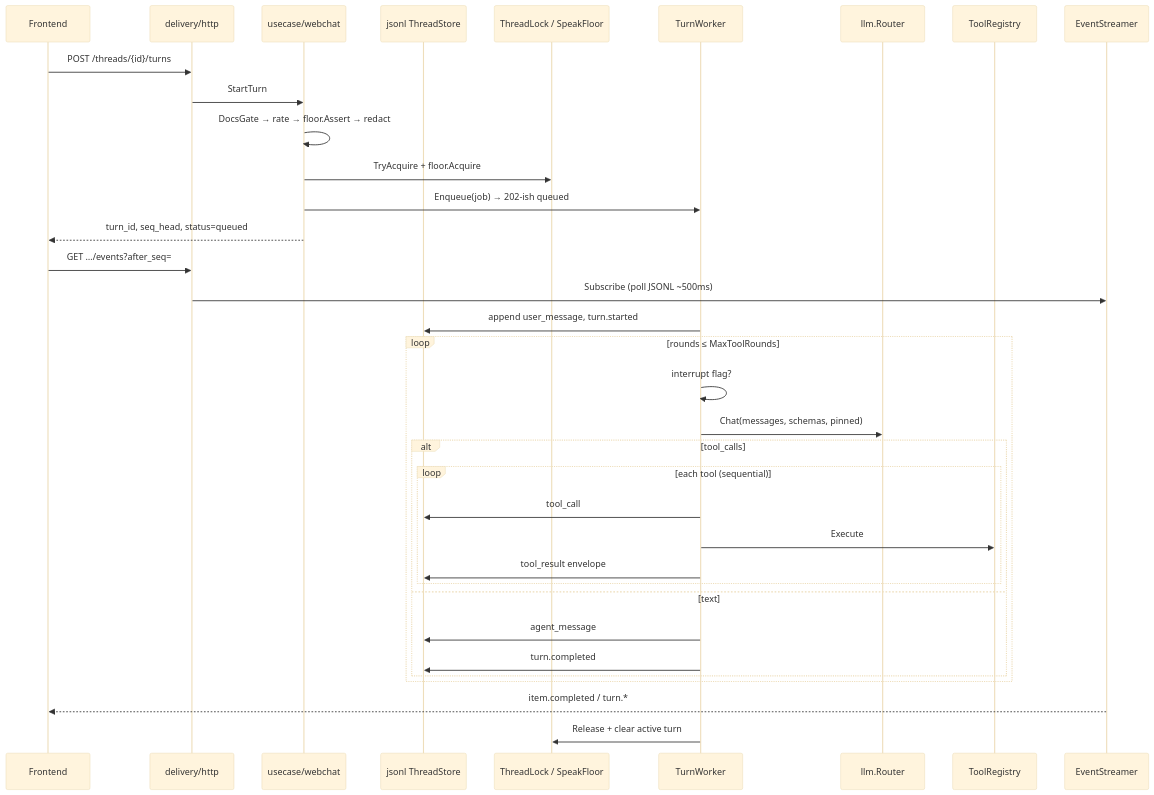
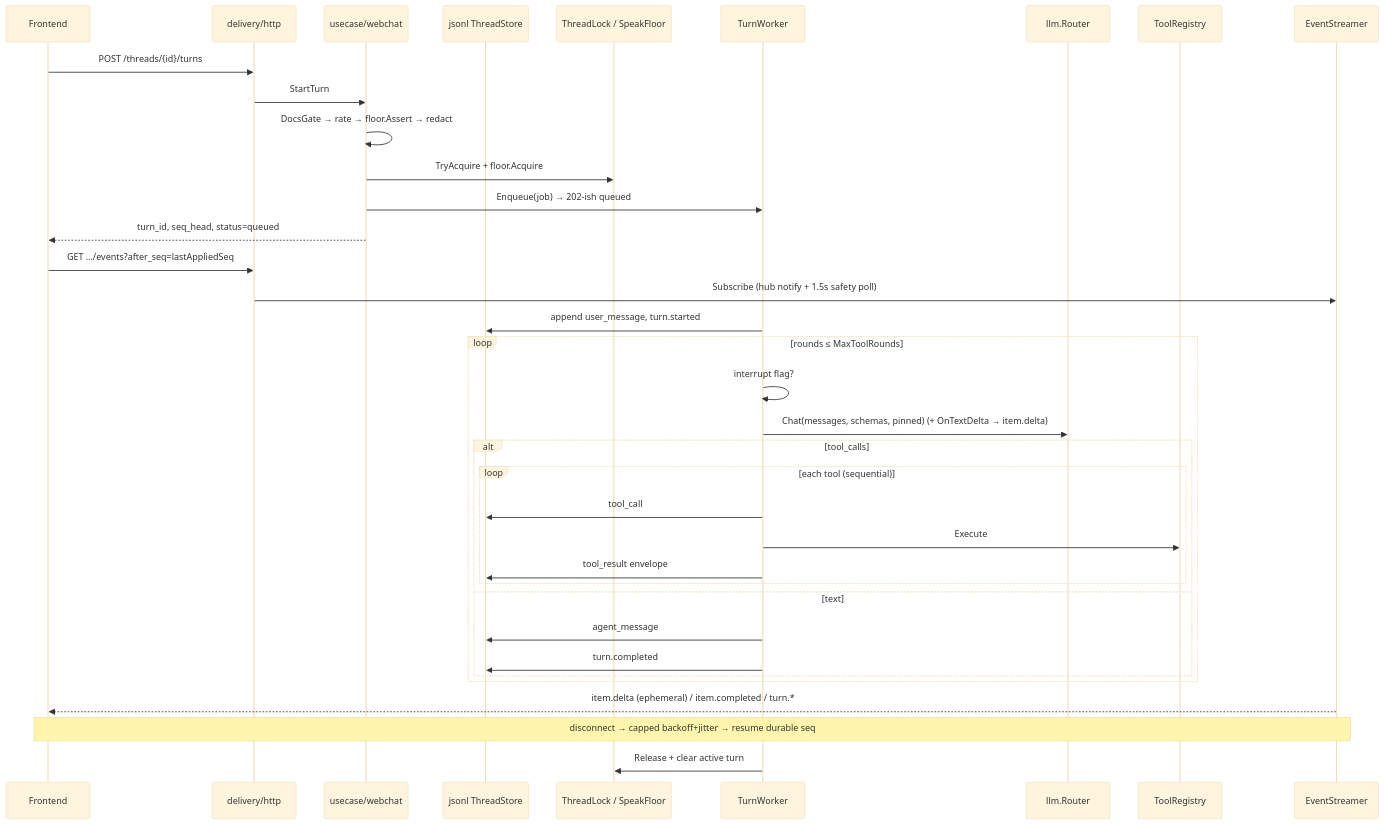
The diagram in docs/architecture/turn-loop.md (jahrulnr/BuatPostingan), drawn with Mermaid (base theme) before and after one commit. The commit also changed other lines of this file and 91 other files, not shown here.

````diff
--- a/docs/architecture/turn-loop.md
+++ b/docs/architecture/turn-loop.md
@@ -7,40 +7,41 @@
 ```mermaid
 sequenceDiagram
   participant FE as Frontend
   participant HTTP as delivery/http
   participant UC as usecase/webchat
   participant Store as jsonl ThreadStore
   participant Lock as ThreadLock / SpeakFloor
   participant W as TurnWorker
   participant LLM as llm.Router
   participant Tools as ToolRegistry
   participant SSE as EventStreamer
 
   FE->>HTTP: POST /threads/{id}/turns
   HTTP->>UC: StartTurn
   UC->>UC: DocsGate → rate → floor.Assert → redact
   UC->>Lock: TryAcquire + floor.Acquire
   UC->>W: Enqueue(job) → 202-ish queued
   UC-->>FE: turn_id, seq_head, status=queued
 
-  FE->>HTTP: GET …/events?after_seq=
-  HTTP->>SSE: Subscribe (poll JSONL ~500ms)
+  FE->>HTTP: GET …/events?after_seq=lastAppliedSeq
+  HTTP->>SSE: Subscribe (hub notify + 1.5s safety poll)
 
   W->>Store: append user_message, turn.started
   loop rounds ≤ MaxToolRounds
     W->>W: interrupt flag?
-    W->>LLM: Chat(messages, schemas, pinned)
+    W->>LLM: Chat(messages, schemas, pinned) (+ OnTextDelta → item.delta)
     alt tool_calls
       loop each tool (sequential)
         W->>Store: tool_call
         W->>Tools: Execute
         W->>Store: tool_result envelope
       end
     else text
       W->>Store: agent_message
       W->>Store: turn.completed
     end
   end
-  SSE-->>FE: item.completed / turn.*
+  SSE-->>FE: item.delta (ephemeral) / item.completed / turn.*
+  Note over FE,SSE: disconnect → capped backoff+jitter → resume durable seq
   W->>Lock: Release + clear active turn
 ```
````
